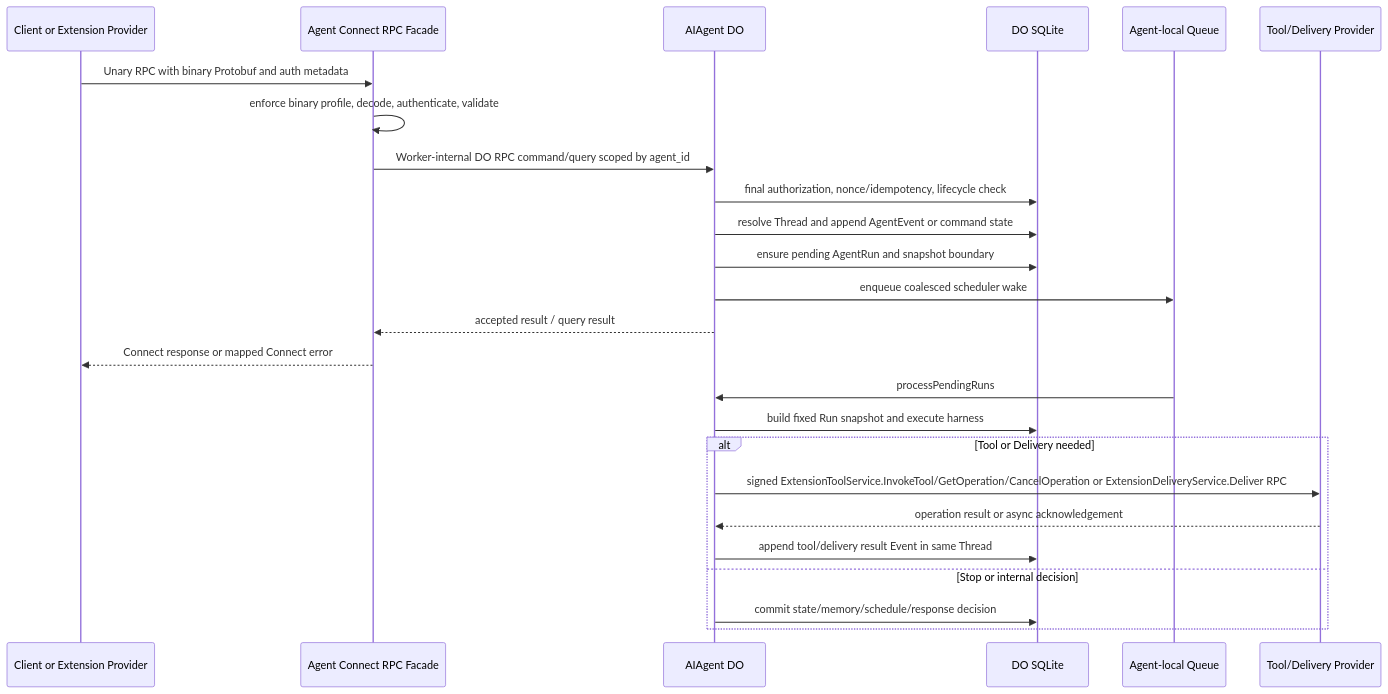
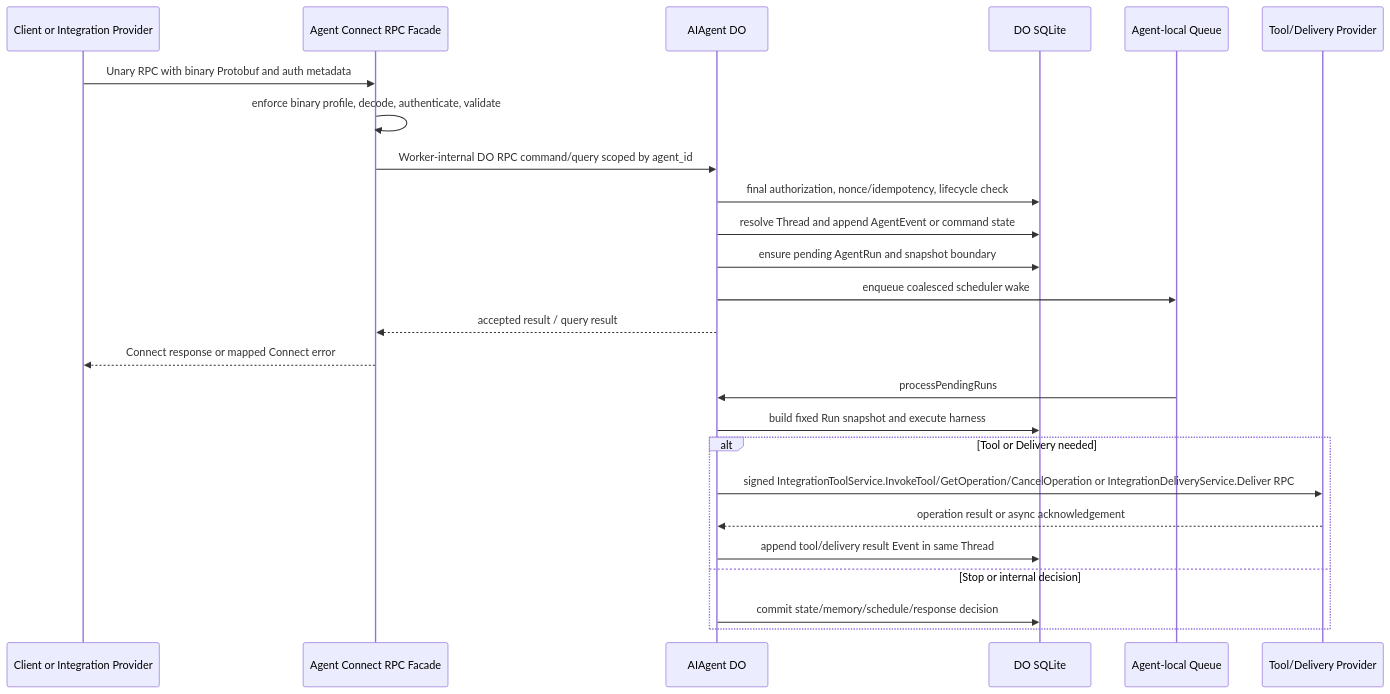
The third of 6 diagrams in openspec/changes/implement-agent-service-base/design.md (Suzlun/cf-tamac), drawn with Mermaid before and after one commit. The commit also changed other lines of this file and 64 other files, not shown here.

Commit message:
refactor: rename extension terminology to integration

````diff
--- a/openspec/changes/implement-agent-service-base/design.md
+++ b/openspec/changes/implement-agent-service-base/design.md
@@ -313,28 +313,28 @@
 ```mermaid
 sequenceDiagram
-  participant C as Client or Extension Provider
+  participant C as Client or Integration Provider
   participant R as Agent Connect RPC Facade
   participant A as AIAgent DO
   participant DB as DO SQLite
   participant Q as Agent-local Queue
   participant P as Tool/Delivery Provider
 
   C->>R: Unary RPC with binary Protobuf and auth metadata
   R->>R: enforce binary profile, decode, authenticate, validate
   R->>A: Worker-internal DO RPC command/query scoped by agent_id
   A->>DB: final authorization, nonce/idempotency, lifecycle check
   A->>DB: resolve Thread and append AgentEvent or command state
   A->>DB: ensure pending AgentRun and snapshot boundary
   A->>Q: enqueue coalesced scheduler wake
   A-->>R: accepted result / query result
   R-->>C: Connect response or mapped Connect error
   Q->>A: processPendingRuns
   A->>DB: build fixed Run snapshot and execute harness
   alt Tool or Delivery needed
-    A->>P: signed ExtensionToolService.InvokeTool/GetOperation/CancelOperation or ExtensionDeliveryService.Deliver RPC
+    A->>P: signed IntegrationToolService.InvokeTool/GetOperation/CancelOperation or IntegrationDeliveryService.Deliver RPC
     P-->>A: operation result or async acknowledgement
     A->>DB: append tool/delivery result Event in same Thread
   else Stop or internal decision
     A->>DB: commit state/memory/schedule/response decision
   end
 ```
````
